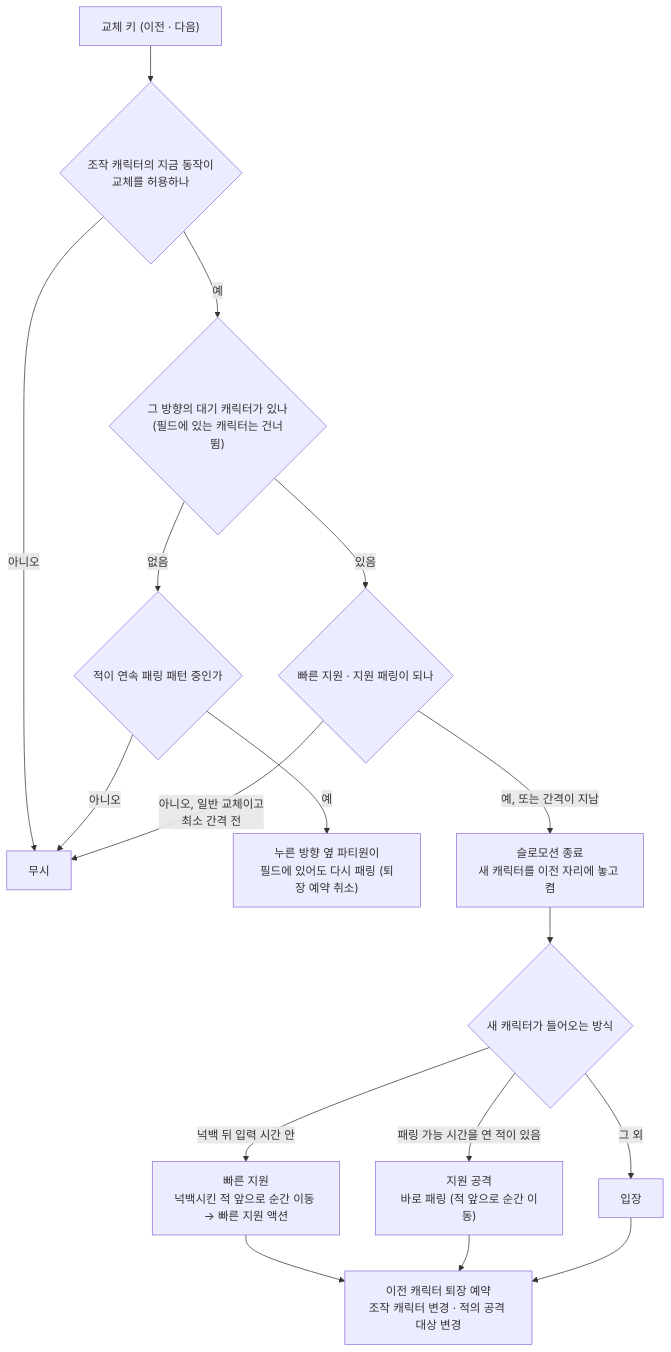
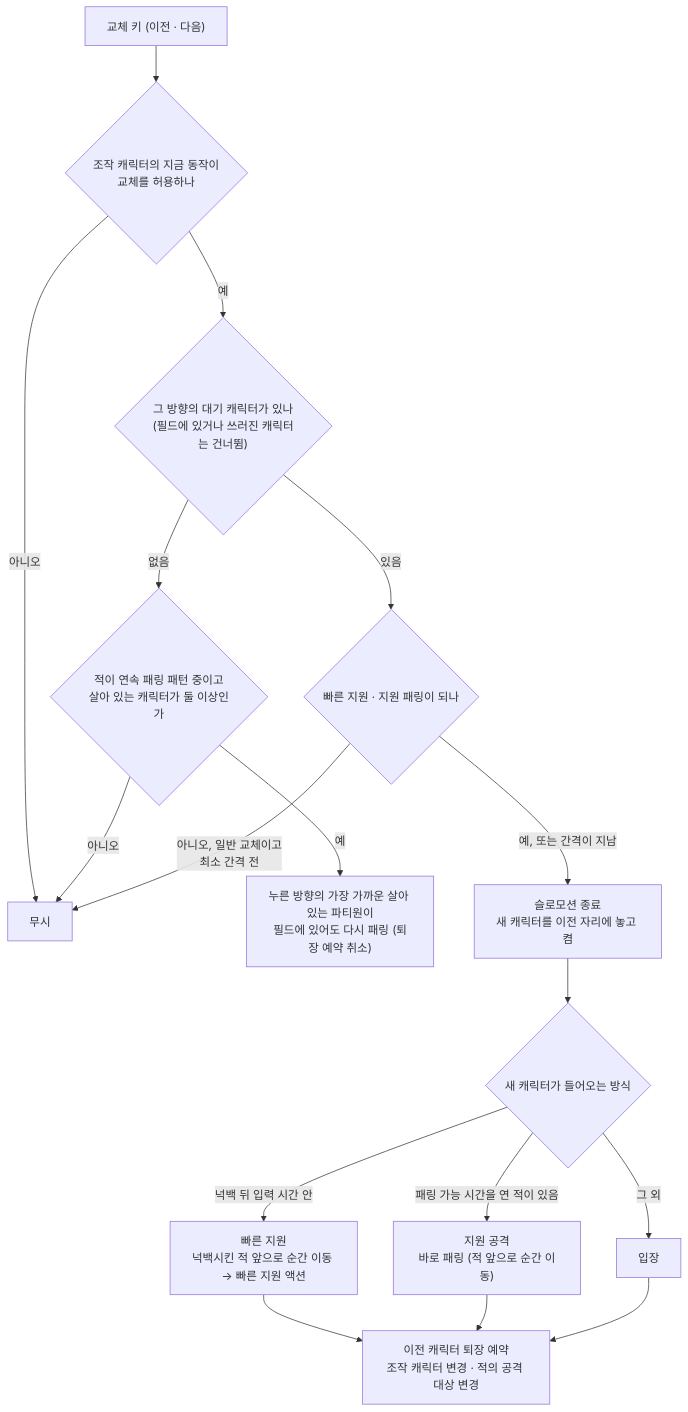
The second of 5 diagrams in Docs/Technical/Player/PlayerParty.md (SquashPrince/Develrocket_mp15_HHH), drawn with Mermaid before and after one commit. The commit also changed other lines of this file and 10 other files, not shown here.

````diff
--- a/Docs/Technical/Player/PlayerParty.md
+++ b/Docs/Technical/Player/PlayerParty.md
@@ -43,17 +44,17 @@
 ```mermaid
 flowchart TD
     K["교체 키 (이전 · 다음)"] --> A{"조작 캐릭터의 지금 동작이<br>교체를 허용하나"}
     A -->|"아니오"| X["무시"]
-    A -->|"예"| F{"그 방향의 대기 캐릭터가 있나<br>(필드에 있는 캐릭터는 건너뜀)"}
-    F -->|"없음"| CH{"적이 연속 패링 패턴 중인가"}
+    A -->|"예"| F{"그 방향의 대기 캐릭터가 있나<br>(필드에 있거나 쓰러진 캐릭터는 건너뜀)"}
+    F -->|"없음"| CH{"적이 연속 패링 패턴 중이고<br>살아 있는 캐릭터가 둘 이상인가"}
     CH -->|"아니오"| X
-    CH -->|"예"| RP["누른 방향 옆 파티원이<br>필드에 있어도 다시 패링 (퇴장 예약 취소)"]
+    CH -->|"예"| RP["누른 방향의 가장 가까운 살아 있는 파티원이<br>필드에 있어도 다시 패링 (퇴장 예약 취소)"]
     F -->|"있음"| G{"빠른 지원 · 지원 패링이 되나"}
     G -->|"아니오, 일반 교체이고<br>최소 간격 전"| X
     G -->|"예, 또는 간격이 지남"| S["슬로모션 종료<br>새 캐릭터를 이전 자리에 놓고 켬"]
     S --> D{"새 캐릭터가 들어오는 방식"}
     D -->|"넉백 뒤 입력 시간 안"| Q["빠른 지원<br>넉백시킨 적 앞으로 순간 이동 → 빠른 지원 액션"]
     D -->|"패링 가능 시간을 연 적이 있음"| PA["지원 공격<br>바로 패링 (적 앞으로 순간 이동)"]
     D -->|"그 외"| IN["입장"]
     Q & PA & IN --> O["이전 캐릭터 퇴장 예약<br>조작 캐릭터 변경 · 적의 공격 대상 변경"]
 ```
````
